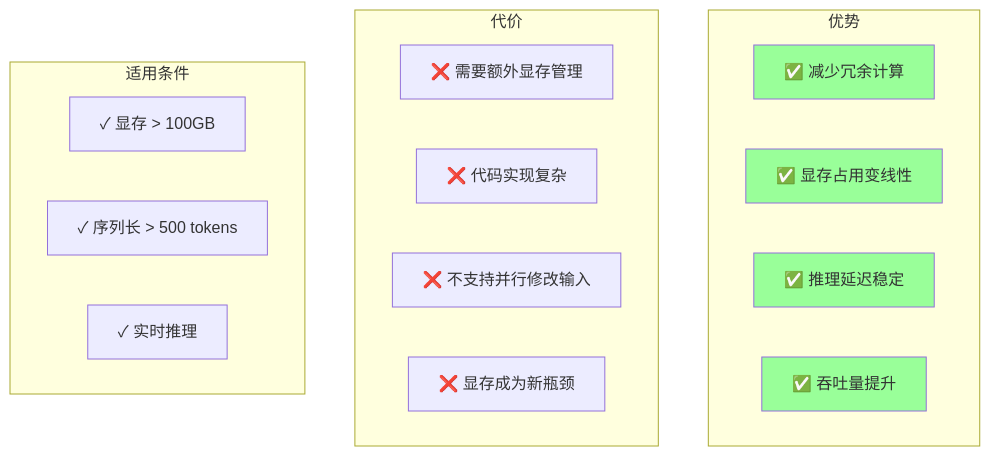
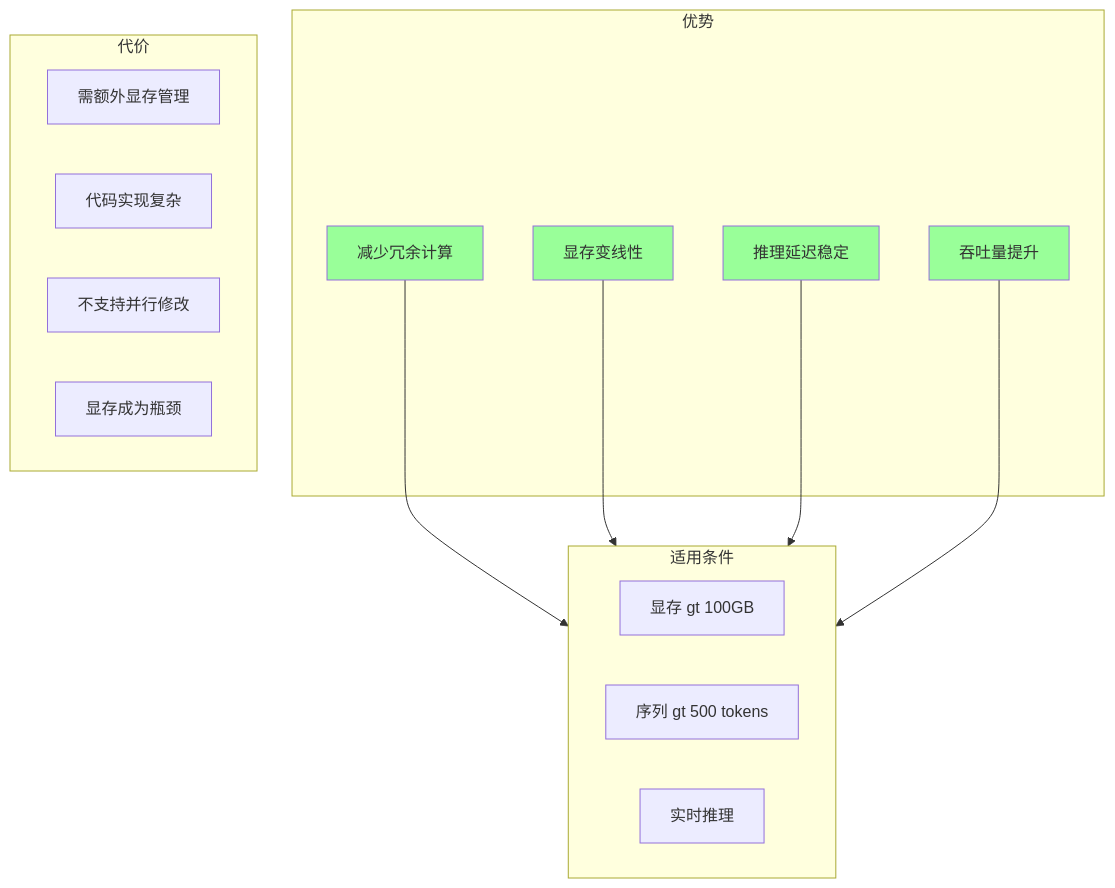
Before and after one commit to konyellin-cyber/longer: diagram 16 of 16 in kvcache_implementation.md, drawn with Mermaid. The commit also changed other lines of this file, not shown here.

Commit message:
Fix Mermaid syntax errors: remove special characters and multiline text in node labels

````diff
--- a/kvcache_implementation.md
+++ b/kvcache_implementation.md
@@ -477,27 +503,32 @@
 ```mermaid
 graph TB
-    subgraph "优势"
-        P1["✅ 减少冗余计算"]
-        P2["✅ 显存占用变线性"]
-        P3["✅ 推理延迟稳定"]
-        P4["✅ 吞吐量提升"]
+    subgraph A["优势"]
+        P1["减少冗余计算"]
+        P2["显存变线性"]
+        P3["推理延迟稳定"]
+        P4["吞吐量提升"]
     end
     
-    subgraph "代价"
-        N1["❌ 需要额外显存管理"]
-        N2["❌ 代码实现复杂"]
-        N3["❌ 不支持并行修改输入"]
-        N4["❌ 显存成为新瓶颈"]
+    subgraph B["代价"]
+        N1["需额外显存管理"]
+        N2["代码实现复杂"]
+        N3["不支持并行修改"]
+        N4["显存成为瓶颈"]
     end
     
-    subgraph "适用条件"
-        C1["✓ 显存 > 100GB"]
-        C2["✓ 序列长 > 500 tokens"]
-        C3["✓ 实时推理"]
+    subgraph C["适用条件"]
+        C1["显存 gt 100GB"]
+        C2["序列 gt 500 tokens"]
+        C3["实时推理"]
     end
+    
+    P1 --> C
+    P2 --> C
+    P3 --> C
+    P4 --> C
     
     style P1 fill:#99ff99
     style P2 fill:#99ff99
     style P3 fill:#99ff99
     style P4 fill:#99ff99
 ```
````
